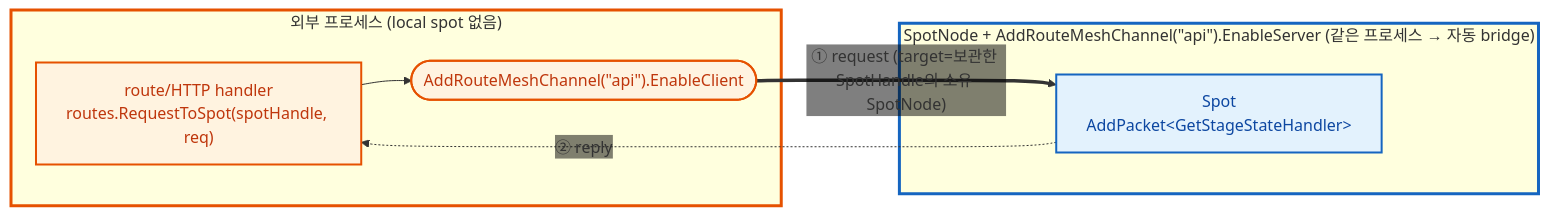
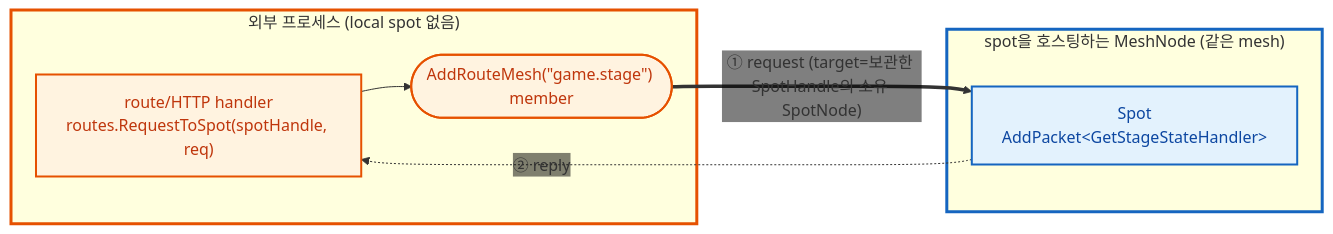
Before and after one commit to kairos-code-dev/zlink: the eighth of 8 diagrams in framework/doc/framework/dotnet/guide/06-spot.ko.md, drawn with Mermaid. The commit also changed other lines of this file and 7 other files, not shown here.

````diff
--- a/framework/doc/framework/dotnet/guide/06-spot.ko.md
+++ b/framework/doc/framework/dotnet/guide/06-spot.ko.md
@@ -1018,20 +1016,20 @@
 ```mermaid
 %%{init: {'themeVariables': {'edgeLabelBackground':'transparent'}}}%%
 flowchart LR
   subgraph ext["외부 프로세스 (local spot 없음)"]
     h["route/HTTP handler<br/>routes.RequestToSpot(spotHandle, req)"]
-    c(["AddRouteMeshChannel(&quot;api&quot;).EnableClient"])
+    c(["AddRouteMesh(&quot;game.stage&quot;) member"])
     h --> c
   end
-  subgraph sn["SpotNode + AddRouteMeshChannel(&quot;api&quot;).EnableServer (같은 프로세스 → 자동 bridge)"]
+  subgraph sn["spot을 호스팅하는 MeshNode (같은 mesh)"]
     sp["Spot<br/>AddPacket&lt;GetStageStateHandler&gt;"]
   end
   c ==>|"① request (target=보관한 SpotHandle의 소유 SpotNode)"| sp
   sp -.->|"② reply"| h
   classDef ownMesh fill:#e3f2fd,stroke:#1565c0,stroke-width:2px,color:#0d47a1;
   classDef extNode fill:#fff3e0,stroke:#e65100,stroke-width:2px,color:#bf360c;
   class sp ownMesh;
   class h,c extNode;
   style sn stroke:#1565c0,stroke-width:3px
   style ext stroke:#e65100,stroke-width:3px
 ```
````
